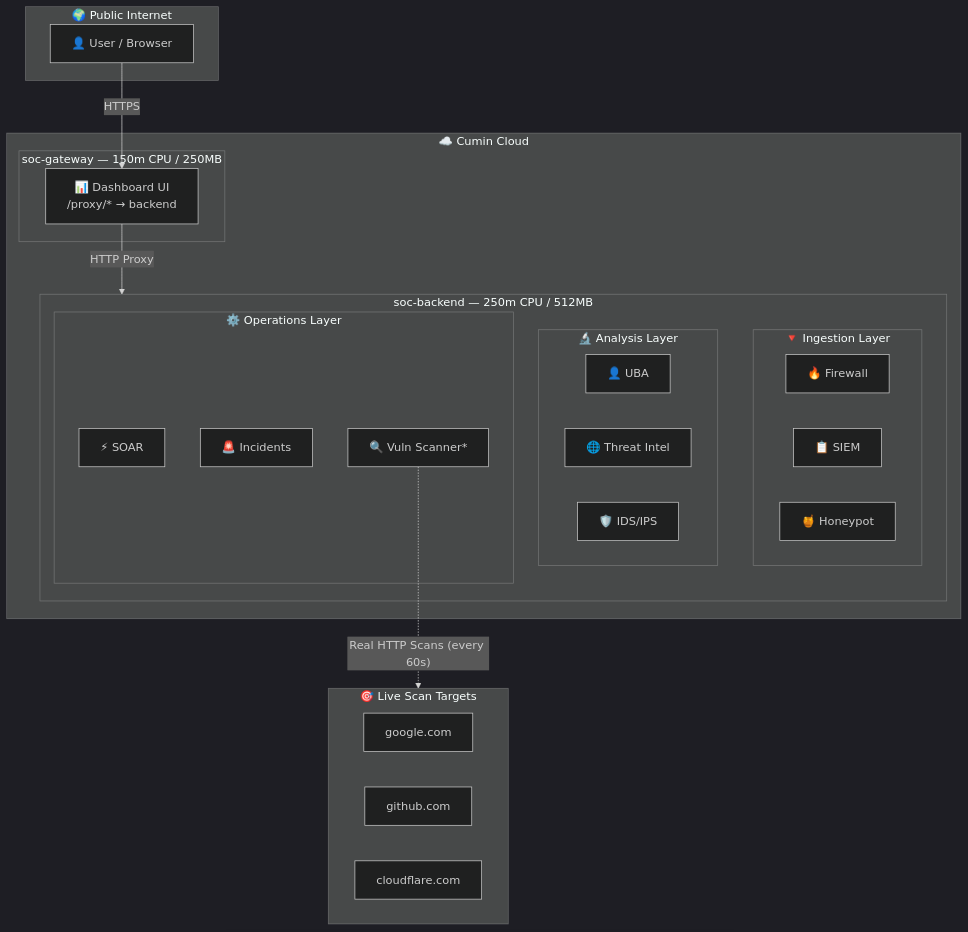
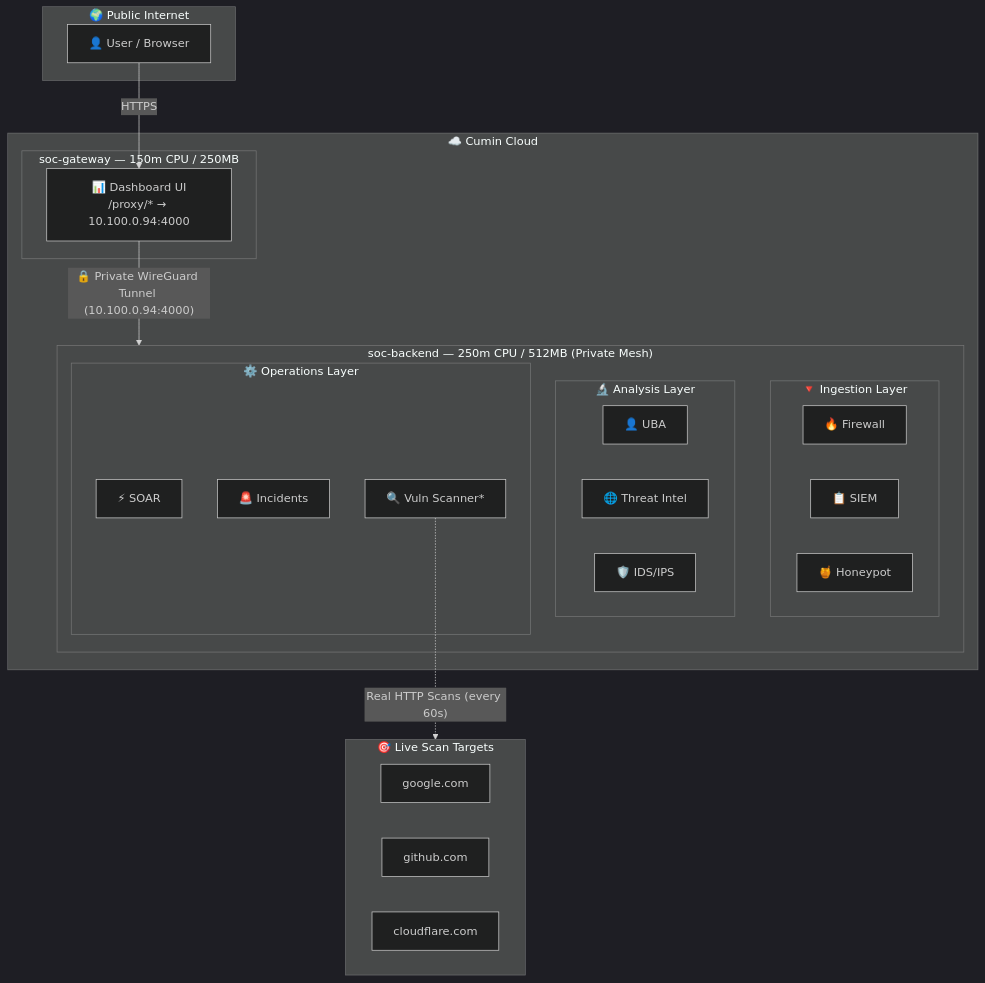
One commit to ZiadMahmoud2003/cumin-soc changed the first of 3 diagrams in README.md. Above: the diagram before and after it, drawn with Mermaid (dark theme). The commit also changed other lines of this file and 1 other file, not shown here.

First line of the commit message:
docs: Synchronize entire documentation with live private WireGuard mesh

````diff
--- a/README.md
+++ b/README.md
@@ -33,40 +34,40 @@
 ```mermaid
 flowchart TD
     subgraph Internet["🌍 Public Internet"]
         User["👤 User / Browser"]
     end
 
     subgraph Cumin["☁️ Cumin Cloud"]
         subgraph Gateway["soc-gateway — 150m CPU / 250MB"]
-            GW["📊 Dashboard UI\n/proxy/* → backend"]
+            GW["📊 Dashboard UI\n/proxy/* → 10.100.0.94:4000"]
         end
 
-        subgraph Backend["soc-backend — 250m CPU / 512MB"]
+        subgraph Backend["soc-backend — 250m CPU / 512MB (Private Mesh)"]
             subgraph Ingestion["🔻 Ingestion Layer"]
                 FW["🔥 Firewall"]
                 SIEM["📋 SIEM"]
                 HP["🍯 Honeypot"]
             end
             subgraph Analysis["🔬 Analysis Layer"]
                 UBA["👤 UBA"]
                 TI["🌐 Threat Intel"]
                 IDS["🛡️ IDS/IPS"]
             end
             subgraph Operations["⚙️ Operations Layer"]
                 SOAR["⚡ SOAR"]
                 INC["🚨 Incidents"]
                 VULN["🔍 Vuln Scanner*"]
             end
         end
     end
 
     subgraph Targets["🎯 Live Scan Targets"]
         G["google.com"]
         GH["github.com"]
         CF["cloudflare.com"]
     end
 
     User -->|HTTPS| GW
-    GW -->|HTTP Proxy| Backend
+    GW -->|"🔒 Private WireGuard Tunnel (10.100.0.94:4000)"| Backend
     VULN -.->|"Real HTTP Scans (every 60s)"| Targets
 ```
````
